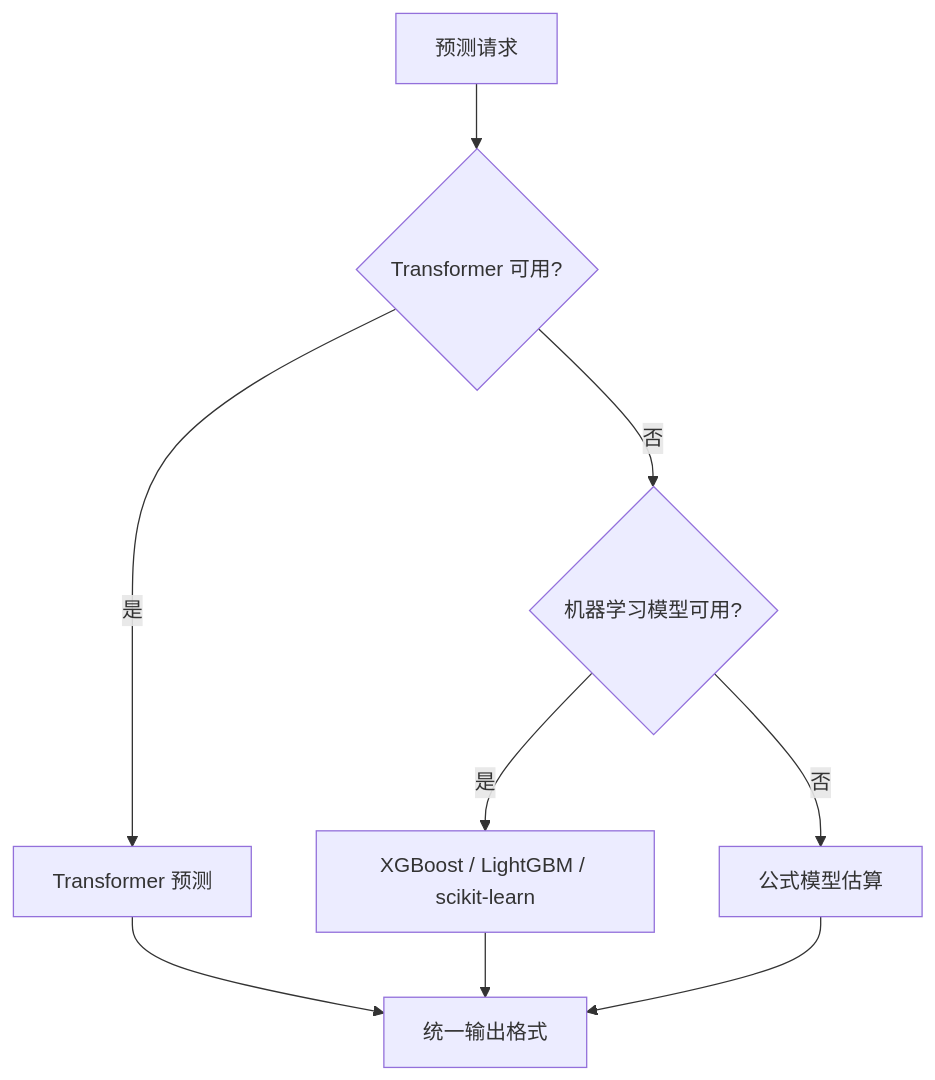
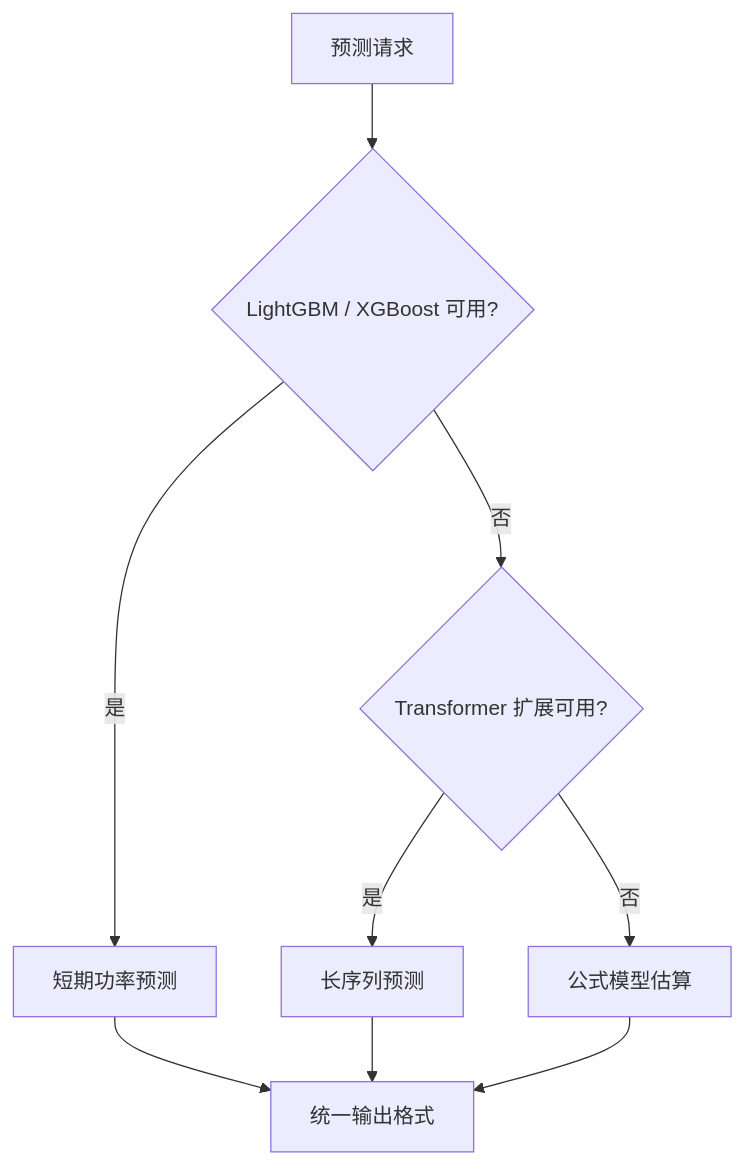
One commit to HUANGKUN-neutrino/solar-ai-gis-platform changed the third of 4 diagrams in docs/AI_FORECASTING.md. Above: the diagram before and after it, drawn with Mermaid. The commit also changed other lines of this file and 6 other files, not shown here.

````diff
--- a/docs/AI_FORECASTING.md
+++ b/docs/AI_FORECASTING.md
@@ -106,11 +108,11 @@
 ```mermaid
 flowchart TB
-  Request["预测请求"] --> T{"Transformer 可用?"}
-  T -- 是 --> R1["Transformer 预测"]
-  T -- 否 --> M{"机器学习模型可用?"}
-  M -- 是 --> R2["XGBoost / LightGBM / scikit-learn"]
-  M -- 否 --> R3["公式模型估算"]
+  Request["预测请求"] --> M{"LightGBM / XGBoost 可用?"}
+  M -- 是 --> R1["短期功率预测"]
+  M -- 否 --> T{"Transformer 扩展可用?"}
+  T -- 是 --> R2["长序列预测"]
+  T -- 否 --> R3["公式模型估算"]
   R1 --> Output["统一输出格式"]
   R2 --> Output
   R3 --> Output
 ```
````
